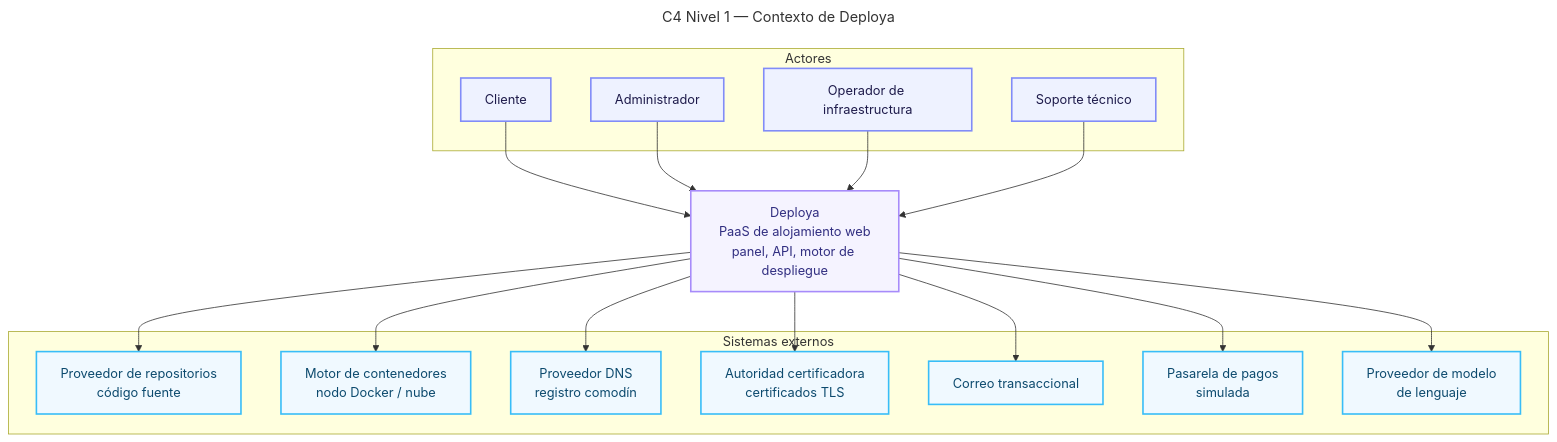
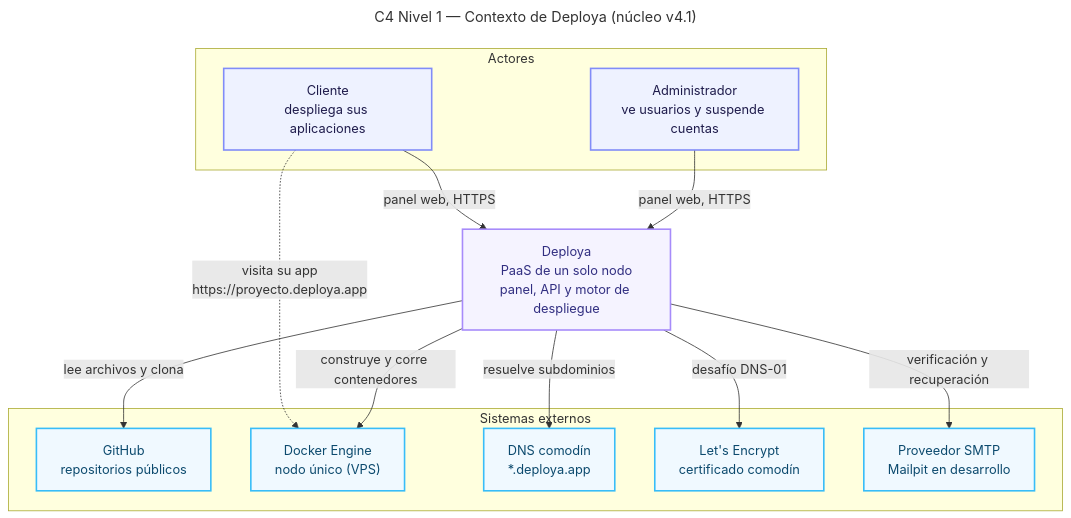
The first of 2 diagrams in docs/arquitectura.md (derekCmorales/deploya), drawn with Mermaid before and after one commit. The commit also changed other lines of this file and 24 other files, not shown here.

First line of the commit message:
docs(m4): diseño firmado del motor, contratos y diagramas al núcleo v4.1

````diff
--- a/docs/arquitectura.md
+++ b/docs/arquitectura.md
@@ -38,44 +38,37 @@
 ```mermaid
 ---
-title: C4 Nivel 1 — Contexto de Deploya
+title: C4 Nivel 1 — Contexto de Deploya (núcleo v4.1)
 ---
 flowchart TB
     subgraph ACTORES["Actores"]
-        CLIENTE["Cliente"]
-        ADMIN["Administrador"]
-        OPERADOR["Operador de infraestructura"]
-        SOPORTE["Soporte técnico"]
+        CLIENTE["Cliente<br/>despliega sus aplicaciones"]
+        ADMIN["Administrador<br/>ve usuarios y suspende cuentas"]
     end
 
-    DEPLOYA["Deploya<br/>PaaS de alojamiento web<br/>panel, API, motor de despliegue"]
+    DEPLOYA["Deploya<br/>PaaS de un solo nodo<br/>panel, API y motor de despliegue"]
 
     subgraph EXTERNOS["Sistemas externos"]
-        GIT["Proveedor de repositorios<br/>código fuente"]
-        NUBE["Motor de contenedores<br/>nodo Docker / nube"]
-        DNS["Proveedor DNS<br/>registro comodín"]
-        CA["Autoridad certificadora<br/>certificados TLS"]
-        CORREO["Correo transaccional"]
-        PAGOS["Pasarela de pagos<br/>simulada"]
-        LLM["Proveedor de modelo<br/>de lenguaje"]
+        GIT["GitHub<br/>repositorios públicos"]
+        DOCKER["Docker Engine<br/>nodo único (VPS)"]
+        DNS["DNS comodín<br/>*.deploya.app"]
+        CA["Let's Encrypt<br/>certificado comodín"]
+        CORREO["Proveedor SMTP<br/>Mailpit en desarrollo"]
     end
 
-    CLIENTE --> DEPLOYA
-    ADMIN --> DEPLOYA
-    OPERADOR --> DEPLOYA
-    SOPORTE --> DEPLOYA
+    CLIENTE -->|"panel web, HTTPS"| DEPLOYA
+    ADMIN -->|"panel web, HTTPS"| DEPLOYA
+    CLIENTE -.->|"visita su app<br/>https://proyecto.deploya.app"| DOCKER
 
-    DEPLOYA --> GIT
-    DEPLOYA --> NUBE
-    DEPLOYA --> DNS
-    DEPLOYA --> CA
-    DEPLOYA --> CORREO
-    DEPLOYA --> PAGOS
-    DEPLOYA --> LLM
+    DEPLOYA -->|"lee archivos y clona"| GIT
+    DEPLOYA -->|"construye y corre contenedores"| DOCKER
+    DEPLOYA -->|"resuelve subdominios"| DNS
+    DEPLOYA -->|"desafío DNS-01"| CA
+    DEPLOYA -->|"verificación y recuperación"| CORREO
 
     classDef actor fill:#eef2ff,stroke:#818cf8,stroke-width:2px,color:#1e1b4b
     classDef sistema fill:#f5f3ff,stroke:#a78bfa,stroke-width:2px,color:#312e81
     classDef externo fill:#f0f9ff,stroke:#38bdf8,stroke-width:2px,color:#0c4a6e
-    class CLIENTE,ADMIN,OPERADOR,SOPORTE actor
+    class CLIENTE,ADMIN actor
     class DEPLOYA sistema
-    class GIT,NUBE,DNS,CA,CORREO,PAGOS,LLM externo
+    class GIT,DOCKER,DNS,CA,CORREO externo
 ```
````
